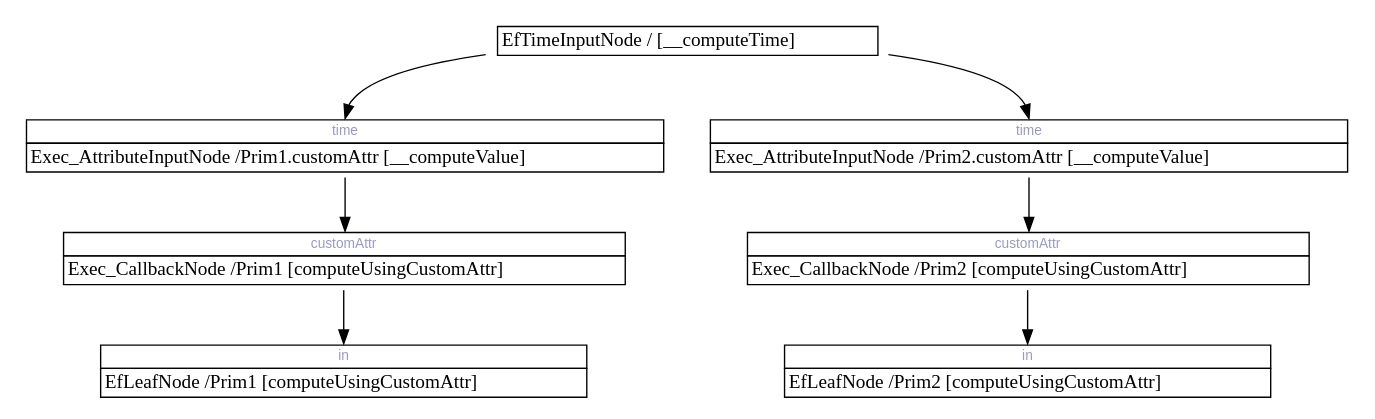
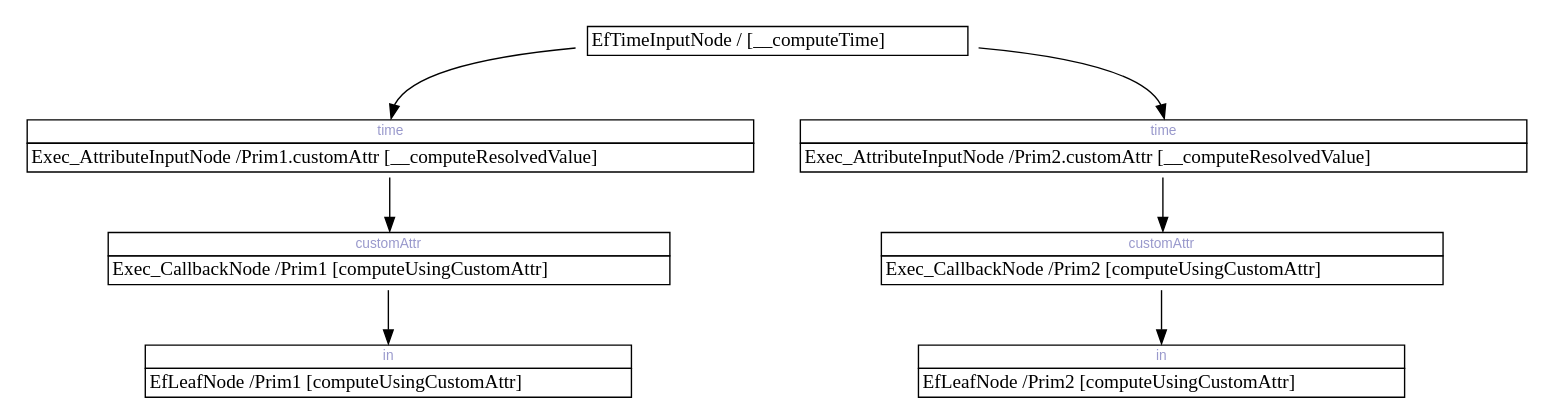
One commit to cpichard/USD changed the diagram in pxr/exec/execUsd/testenv/testExecUsdRecompilation/baseline/TestRecompileMultipleRequests-1.dot. Above: the diagram before and after it, drawn with Graphviz. The commit also changed 45 other files, not shown here.

First line of the commit message:
OpenExec: Introduce attribute expressions

```diff
--- a/pxr/exec/execUsd/testenv/testExecUsdRecompilation/baseline/TestRecompileMultipleRequests-1.dot
+++ b/pxr/exec/execUsd/testenv/testExecUsdRecompilation/baseline/TestRecompileMultipleRequests-1.dot
@@ -1,52 +1,52 @@
 digraph network {
 	rankdir=TB;
 	page="8.5, 11";
 
 	node [shape=plaintext];
 		"0x7fa24daa7bf0" [label=<
 		<TABLE BORDER="0" CELLBORDER="1" CELLSPACING="0">
 			<TR><TD COLSPAN="1"> EfTimeInputNode / [__computeTime] </TD></TR>
 		</TABLE>>];
 	node [shape=plaintext];
 		"0x7fa242bc3e00" [label=<
 		<TABLE BORDER="0" CELLBORDER="1" CELLSPACING="0">
 			<TR><TD PORT="0x7fa242bce460" COLSPAN="1"><FONT POINT-SIZE="10" FACE="Arial" COLOR="#9999cc">time</FONT></TD></TR>
-			<TR><TD COLSPAN="1"> Exec_AttributeInputNode /Prim1.customAttr [__computeValue] </TD></TR>
+			<TR><TD COLSPAN="1"> Exec_AttributeInputNode /Prim1.customAttr [__computeResolvedValue] </TD></TR>
 		</TABLE>>];
 	node [shape=plaintext];
 		"0x7fa2429d6a80" [label=<
 		<TABLE BORDER="0" CELLBORDER="1" CELLSPACING="0">
 			<TR><TD PORT="0x7fa242bce4c0" COLSPAN="1"><FONT POINT-SIZE="10" FACE="Arial" COLOR="#9999cc">customAttr</FONT></TD></TR>
 			<TR><TD COLSPAN="1"> Exec_CallbackNode /Prim1 [computeUsingCustomAttr] </TD></TR>
 		</TABLE>>];
 	node [shape=plaintext];
 		"0x7fa2548f8020" [label=<
 		<TABLE BORDER="0" CELLBORDER="1" CELLSPACING="0">
 			<TR><TD PORT="0x7fa242bce520" COLSPAN="1"><FONT POINT-SIZE="10" FACE="Arial" COLOR="#9999cc">in</FONT></TD></TR>
 			<TR><TD COLSPAN="1"> EfLeafNode /Prim1 [computeUsingCustomAttr] </TD></TR>
 		</TABLE>>];
 	node [shape=plaintext];
 		"0x7fa242bc3f00" [label=<
 		<TABLE BORDER="0" CELLBORDER="1" CELLSPACING="0">
 			<TR><TD PORT="0x7fa242bce5e0" COLSPAN="1"><FONT POINT-SIZE="10" FACE="Arial" COLOR="#9999cc">time</FONT></TD></TR>
-			<TR><TD COLSPAN="1"> Exec_AttributeInputNode /Prim2.customAttr [__computeValue] </TD></TR>
+			<TR><TD COLSPAN="1"> Exec_AttributeInputNode /Prim2.customAttr [__computeResolvedValue] </TD></TR>
 		</TABLE>>];
 	node [shape=plaintext];
 		"0x7fa2429d6af0" [label=<
 		<TABLE BORDER="0" CELLBORDER="1" CELLSPACING="0">
 			<TR><TD PORT="0x7fa242bce610" COLSPAN="1"><FONT POINT-SIZE="10" FACE="Arial" COLOR="#9999cc">customAttr</FONT></TD></TR>
 			<TR><TD COLSPAN="1"> Exec_CallbackNode /Prim2 [computeUsingCustomAttr] </TD></TR>
 		</TABLE>>];
 	node [shape=plaintext];
 		"0x7fa2548f8110" [label=<
 		<TABLE BORDER="0" CELLBORDER="1" CELLSPACING="0">
 			<TR><TD PORT="0x7fa242bce670" COLSPAN="1"><FONT POINT-SIZE="10" FACE="Arial" COLOR="#9999cc">in</FONT></TD></TR>
 			<TR><TD COLSPAN="1"> EfLeafNode /Prim2 [computeUsingCustomAttr] </TD></TR>
 		</TABLE>>];
 		"0x7fa24daa7bf0" -> "0x7fa242bc3e00":"0x7fa242bce460":n;
 		"0x7fa242bc3e00" -> "0x7fa2429d6a80":"0x7fa242bce4c0":n;
 		"0x7fa2429d6a80" -> "0x7fa2548f8020":"0x7fa242bce520":n;
 		"0x7fa24daa7bf0" -> "0x7fa242bc3f00":"0x7fa242bce5e0":n;
 		"0x7fa242bc3f00" -> "0x7fa2429d6af0":"0x7fa242bce610":n;
 		"0x7fa2429d6af0" -> "0x7fa2548f8110":"0x7fa242bce670":n;
 }
```
